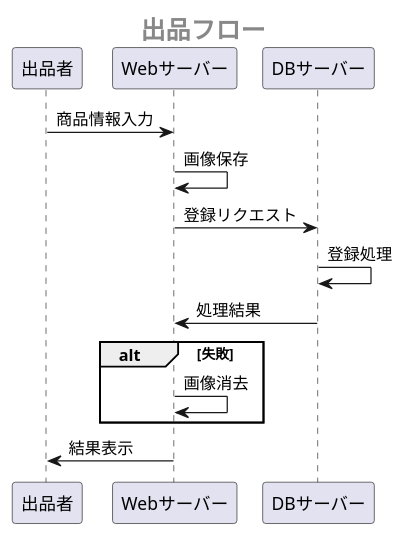
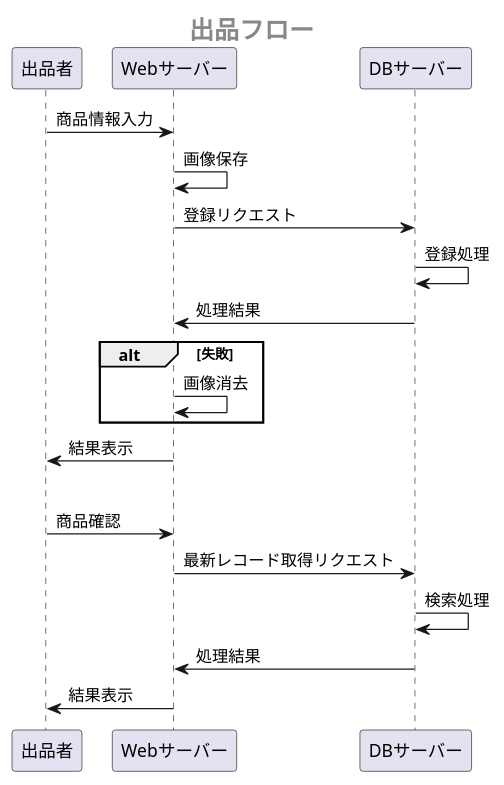
One commit to Aso2001385/NAISA changed the fifth of 8 diagrams in 設計書/02_業務フロー/2021-12-22BusinessFlow.md. Above: the diagram before and after it, drawn with PlantUML.

````diff
--- a/設計書/02_業務フロー/2021-12-22BusinessFlow.md
+++ b/設計書/02_業務フロー/2021-12-22BusinessFlow.md
@@ -93,21 +93,27 @@
 ```uml
 @startuml
  center header <size:20><b>出品フロー</b></size>
   
  participant 出品者 as seller
  participant Webサーバー as web
  participant DBサーバー as db
 
  seller -> web:商品情報入力
  web -> web:画像保存
  web -> db:登録リクエスト
  db -> db:登録処理
  db -> web:処理結果
  alt 失敗
  web -> web:画像消去
  end
  web -> seller:結果表示
  
+ opt 商品確認
+ seller -> web:商品確認
+ web -> db:最新レコード取得リクエスト
+ db -> db:検索処理
+ db -> web:処理結果
+ web -> seller:結果表示
  
 @enduml
 ```
````
